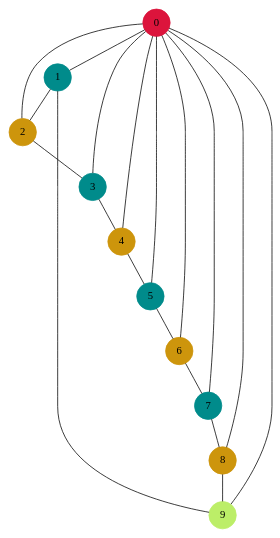
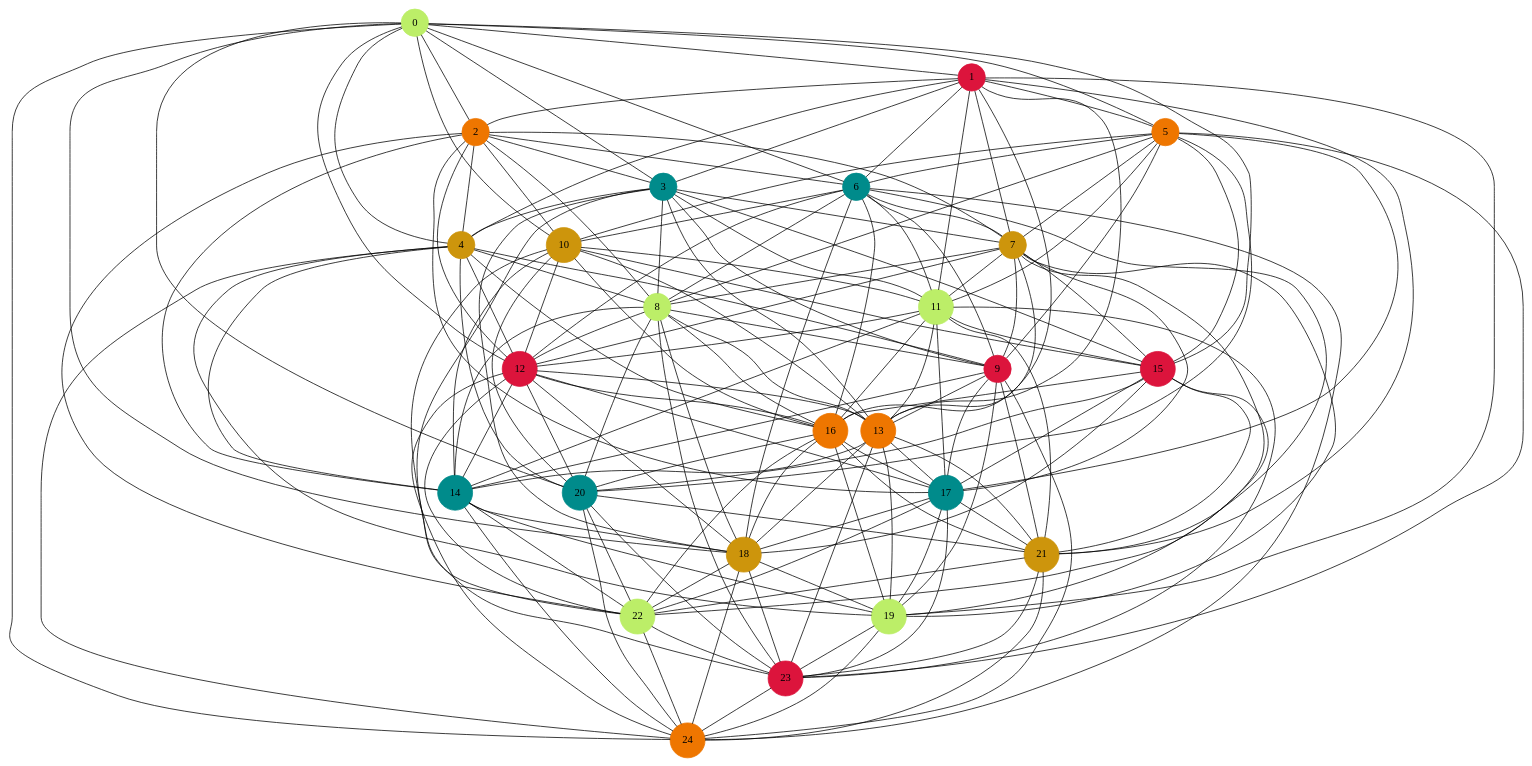
One commit to LeaChemoul/ColorationGraphesProjet changed the diagram in graph/graph_dsatur.dot. Above: the diagram before and after it, drawn with Graphviz. The commit also changed 40 other files, not shown here.

```diff
--- a/graph/graph_dsatur.dot
+++ b/graph/graph_dsatur.dot
@@ -1,30 +1,187 @@
 graph G {
-0 [shape=circle, style=filled, color= crimson];
+0 [shape=circle, style=filled, color= darkolivegreen2];
+0 -- 6;
+0 -- 12;
+0 -- 18;
+0 -- 24;
 0 -- 1;
 0 -- 2;
 0 -- 3;
 0 -- 4;
 0 -- 5;
-0 -- 6;
-0 -- 7;
-0 -- 8;
-0 -- 9;
-1 [shape=circle, style=filled, color= cyan4];
+0 -- 10;
+0 -- 15;
+0 -- 20;
+1 [shape=circle, style=filled, color= crimson];
+1 -- 7;
+1 -- 13;
+1 -- 19;
+1 -- 5;
 1 -- 2;
-1 -- 9;
-2 [shape=circle, style=filled, color= darkgoldenrod3];
+1 -- 3;
+1 -- 4;
+1 -- 6;
+1 -- 11;
+1 -- 16;
+1 -- 21;
+2 [shape=circle, style=filled, color= darkorange2];
+2 -- 8;
+2 -- 14;
+2 -- 6;
+2 -- 10;
 2 -- 3;
+2 -- 4;
+2 -- 7;
+2 -- 12;
+2 -- 17;
+2 -- 22;
 3 [shape=circle, style=filled, color= cyan4];
+3 -- 9;
+3 -- 7;
+3 -- 11;
+3 -- 15;
 3 -- 4;
+3 -- 8;
+3 -- 13;
+3 -- 18;
+3 -- 23;
 4 [shape=circle, style=filled, color= darkgoldenrod3];
-4 -- 5;
-5 [shape=circle, style=filled, color= cyan4];
+4 -- 8;
+4 -- 12;
+4 -- 16;
+4 -- 20;
+4 -- 9;
+4 -- 14;
+4 -- 19;
+4 -- 24;
+5 [shape=circle, style=filled, color= darkorange2];
+5 -- 11;
+5 -- 17;
+5 -- 23;
 5 -- 6;
-6 [shape=circle, style=filled, color= darkgoldenrod3];
+5 -- 7;
+5 -- 8;
+5 -- 9;
+5 -- 10;
+5 -- 15;
+5 -- 20;
+6 [shape=circle, style=filled, color= cyan4];
+6 -- 12;
+6 -- 18;
+6 -- 24;
+6 -- 10;
 6 -- 7;
-7 [shape=circle, style=filled, color= cyan4];
+6 -- 8;
+6 -- 9;
+6 -- 11;
+6 -- 16;
+6 -- 21;
+7 [shape=circle, style=filled, color= darkgoldenrod3];
+7 -- 13;
+7 -- 19;
+7 -- 11;
+7 -- 15;
 7 -- 8;
-8 [shape=circle, style=filled, color= darkgoldenrod3];
+7 -- 9;
+7 -- 12;
+7 -- 17;
+7 -- 22;
+8 [shape=circle, style=filled, color= darkolivegreen2];
+8 -- 14;
+8 -- 12;
+8 -- 16;
+8 -- 20;
 8 -- 9;
-9 [shape=circle, style=filled, color= darkolivegreen2];
+8 -- 13;
+8 -- 18;
+8 -- 23;
+9 [shape=circle, style=filled, color= crimson];
+9 -- 13;
+9 -- 17;
+9 -- 21;
+9 -- 14;
+9 -- 19;
+9 -- 24;
+10 [shape=circle, style=filled, color= darkgoldenrod3];
+10 -- 16;
+10 -- 22;
+10 -- 11;
+10 -- 12;
+10 -- 13;
+10 -- 14;
+10 -- 15;
+10 -- 20;
+11 [shape=circle, style=filled, color= darkolivegreen2];
+11 -- 17;
+11 -- 23;
+11 -- 15;
+11 -- 12;
+11 -- 13;
+11 -- 14;
+11 -- 16;
+11 -- 21;
+12 [shape=circle, style=filled, color= crimson];
+12 -- 18;
+12 -- 24;
+12 -- 16;
+12 -- 20;
+12 -- 13;
+12 -- 14;
+12 -- 17;
+12 -- 22;
+13 [shape=circle, style=filled, color= darkorange2];
+13 -- 19;
+13 -- 17;
+13 -- 21;
+13 -- 14;
+13 -- 18;
+13 -- 23;
+14 [shape=circle, style=filled, color= cyan4];
+14 -- 18;
+14 -- 22;
+14 -- 19;
+14 -- 24;
+15 [shape=circle, style=filled, color= crimson];
+15 -- 21;
+15 -- 16;
+15 -- 17;
+15 -- 18;
+15 -- 19;
+15 -- 20;
+16 [shape=circle, style=filled, color= darkorange2];
+16 -- 22;
+16 -- 20;
+16 -- 17;
+16 -- 18;
+16 -- 19;
+16 -- 21;
+17 [shape=circle, style=filled, color= cyan4];
+17 -- 23;
+17 -- 21;
+17 -- 18;
+17 -- 19;
+17 -- 22;
+18 [shape=circle, style=filled, color= darkgoldenrod3];
+18 -- 24;
+18 -- 22;
+18 -- 19;
+18 -- 23;
+19 [shape=circle, style=filled, color= darkolivegreen2];
+19 -- 23;
+19 -- 24;
+20 [shape=circle, style=filled, color= cyan4];
+20 -- 21;
+20 -- 22;
+20 -- 23;
+20 -- 24;
+21 [shape=circle, style=filled, color= darkgoldenrod3];
+21 -- 22;
+21 -- 23;
+21 -- 24;
+22 [shape=circle, style=filled, color= darkolivegreen2];
+22 -- 23;
+22 -- 24;
+23 [shape=circle, style=filled, color= crimson];
+23 -- 24;
+24 [shape=circle, style=filled, color= darkorange2];
 }
```
